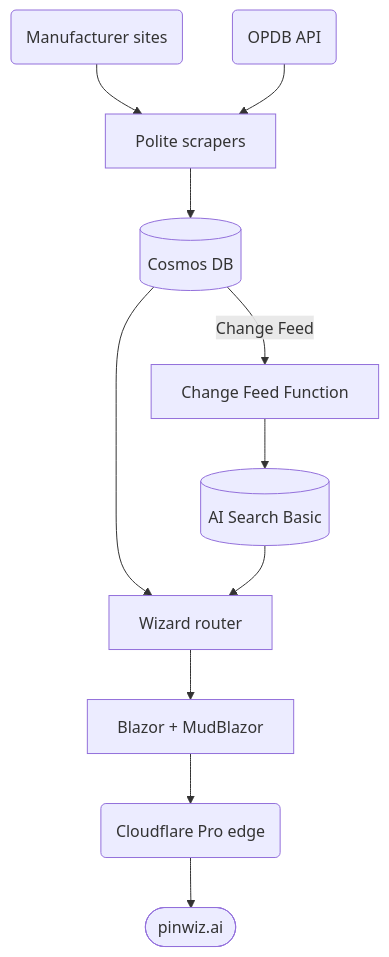
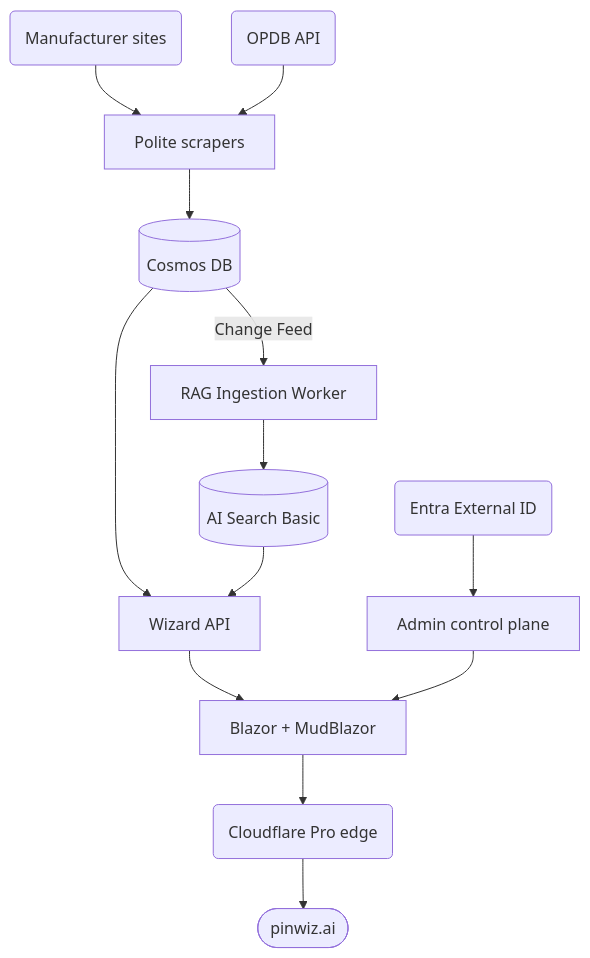
One commit to Early-Bird-Solutions-LLC/PinballWizard changed the diagram in README.md. Above: the diagram before and after it, drawn with Mermaid. The commit also changed other lines of this file, not shown here.

````diff
--- a/README.md
+++ b/README.md
@@ -21,24 +21,28 @@
 ```mermaid
 graph TB
     Mfg(Manufacturer sites)
     OPDB(OPDB API)
     Scrapers[Polite scrapers]
     Cosmos[(Cosmos DB)]
-    Func[Change Feed Function]
+    Worker[RAG Ingestion Worker]
     Search[(AI Search Basic)]
-    Wizard[Wizard router]
-    UI[Blazor + MudBlazor]
+    Api[Wizard API]
+    Web[Blazor + MudBlazor]
     CF(Cloudflare Pro edge)
     Site([pinwiz.ai])
+    Admin[Admin control plane]
+    Entra(Entra External ID)
 
     Mfg --> Scrapers
     OPDB --> Scrapers
     Scrapers --> Cosmos
-    Cosmos -->|Change Feed| Func
-    Func --> Search
-    Cosmos --> Wizard
-    Search --> Wizard
-    Wizard --> UI
-    UI --> CF
+    Cosmos -->|Change Feed| Worker
+    Worker --> Search
+    Cosmos --> Api
+    Search --> Api
+    Api --> Web
+    Web --> CF
     CF --> Site
+    Entra --> Admin
+    Admin --> Web
 ```
````
